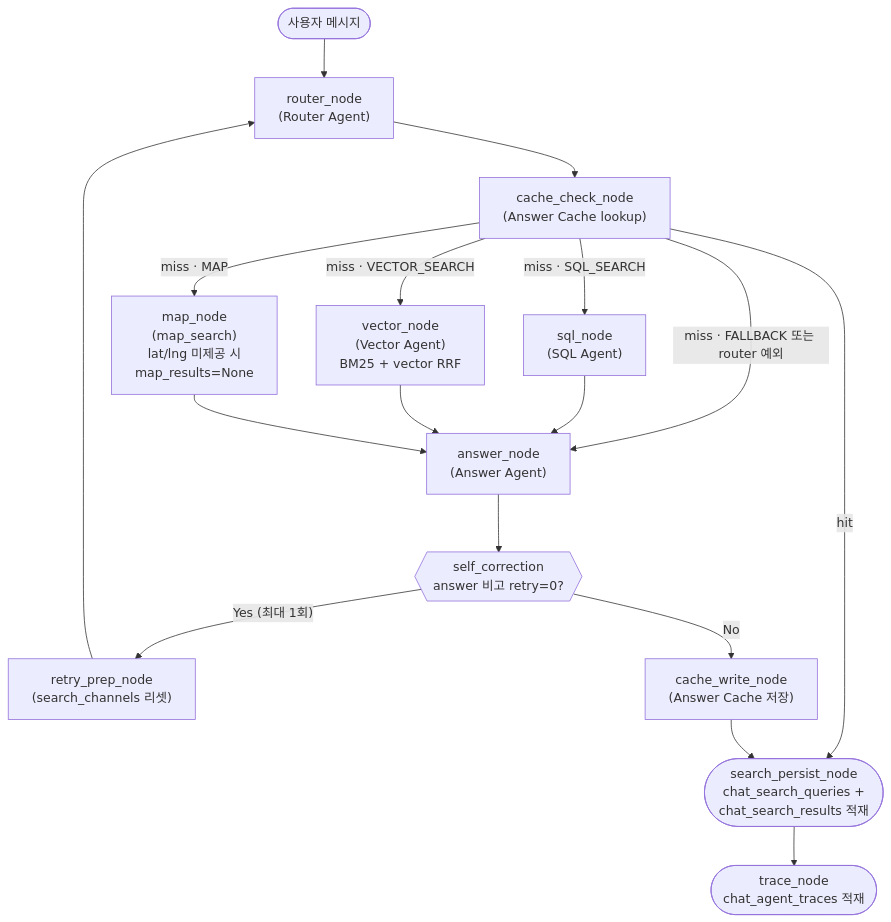
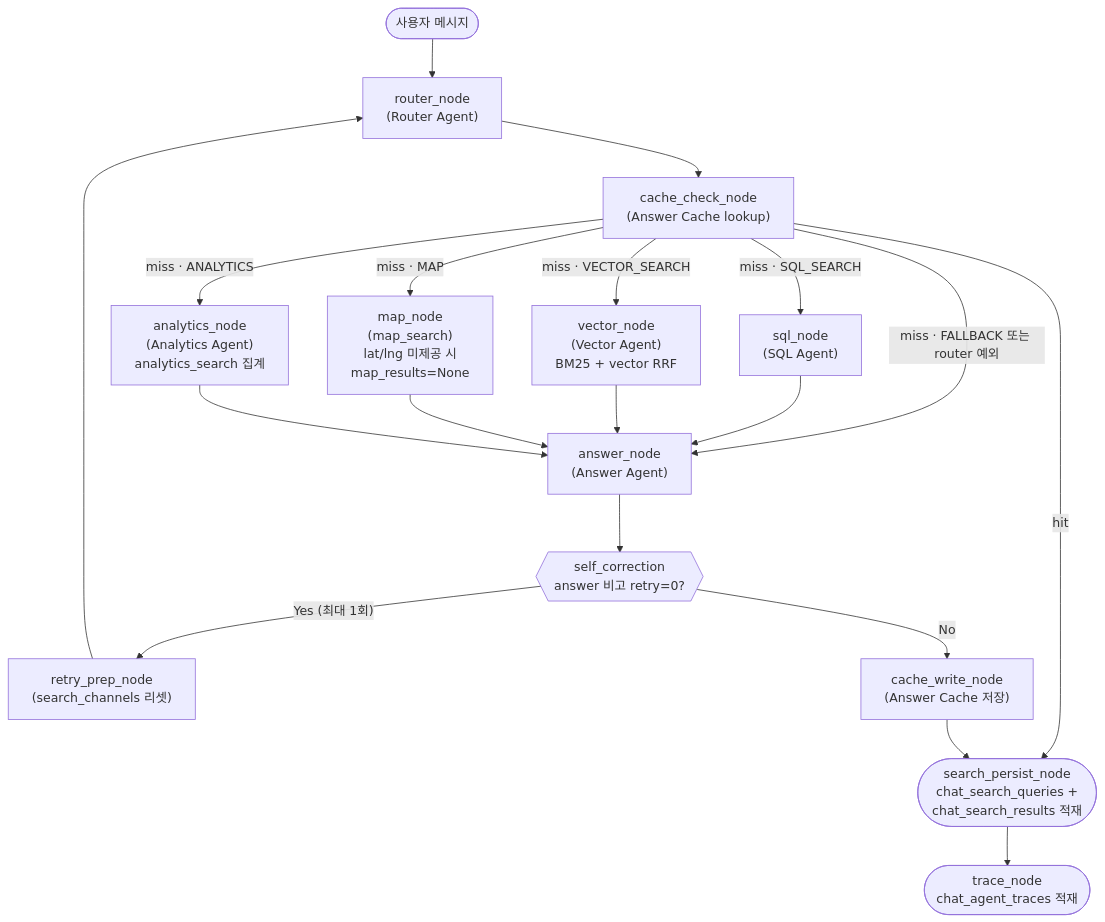
One commit to f-lab-edu/on-seoul changed the diagram in on-seoul-agent/docs/ai-agent-design.md. Above: the diagram before and after it, drawn with Mermaid. The commit also changed other lines of this file and 2 other files, not shown here.

First line of the commit message:
docs(analytics): ANALYTICS intent 문서 반영 (Phase E)

````diff
--- a/on-seoul-agent/docs/ai-agent-design.md
+++ b/on-seoul-agent/docs/ai-agent-design.md
@@ -21,34 +21,37 @@
 ```mermaid
 flowchart TD
     START(["사용자 메시지"])
     ROUTER["router_node<br/>(Router Agent)"]
     CACHE_CHECK["cache_check_node<br/>(Answer Cache lookup)"]
     SQL["sql_node<br/>(SQL Agent)"]
     VECTOR["vector_node<br/>(Vector Agent)<br/>BM25 + vector RRF"]
     MAP["map_node<br/>(map_search)<br/>lat/lng 미제공 시<br/>map_results=None"]
+    ANALYTICS["analytics_node<br/>(Analytics Agent)<br/>analytics_search 집계"]
     ANSWER["answer_node<br/>(Answer Agent)"]
     SELF_CORR{{"self_correction<br/>answer 비고 retry=0?"}}
     RETRY_PREP["retry_prep_node<br/>(search_channels 리셋)"]
     CACHE_WRITE["cache_write_node<br/>(Answer Cache 저장)"]
     SEARCH_PERSIST(["search_persist_node<br/>chat_search_queries +<br/>chat_search_results 적재"])
     TRACE(["trace_node<br/>chat_agent_traces 적재"])
 
     START --> ROUTER
     ROUTER --> CACHE_CHECK
     CACHE_CHECK -- "hit" --> SEARCH_PERSIST
     CACHE_CHECK -- "miss · SQL_SEARCH" --> SQL
     CACHE_CHECK -- "miss · VECTOR_SEARCH" --> VECTOR
     CACHE_CHECK -- "miss · MAP" --> MAP
+    CACHE_CHECK -- "miss · ANALYTICS" --> ANALYTICS
     CACHE_CHECK -- "miss · FALLBACK 또는 router 예외" --> ANSWER
 
     SQL --> ANSWER
     VECTOR --> ANSWER
     MAP --> ANSWER
+    ANALYTICS --> ANSWER
 
     ANSWER --> SELF_CORR
     SELF_CORR -- "Yes (최대 1회)" --> RETRY_PREP
     RETRY_PREP --> ROUTER
     SELF_CORR -- "No" --> CACHE_WRITE
     CACHE_WRITE --> SEARCH_PERSIST
     SEARCH_PERSIST --> TRACE
 ```
````
